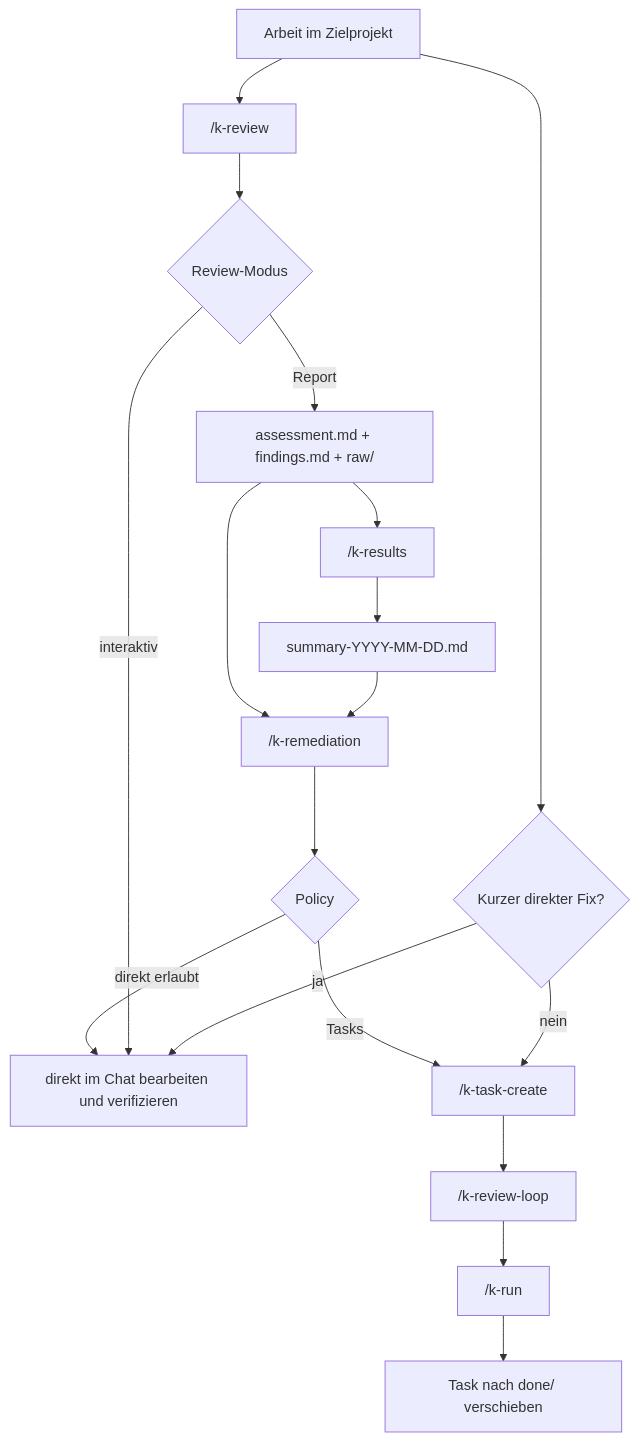
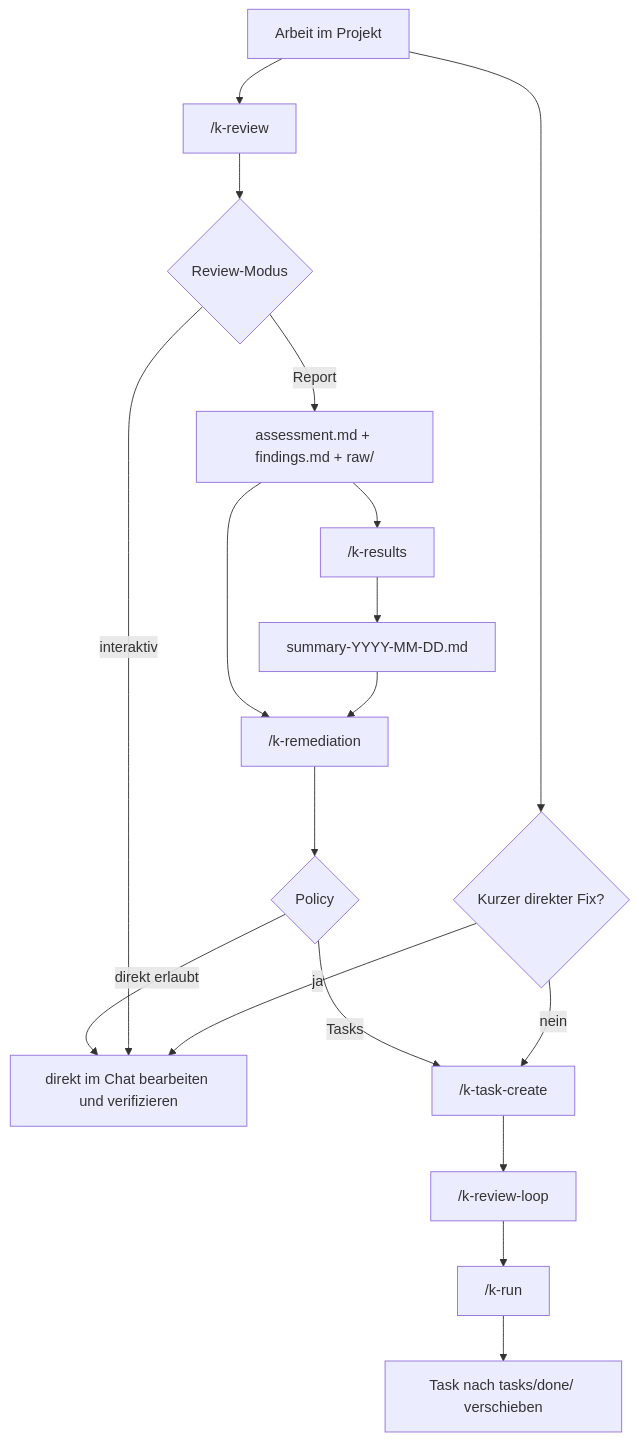
The third of 3 diagrams in docs/handbuch.md (kascada/k-playbook), drawn with Mermaid before and after one commit. The commit also changed other lines of this file and 34 other files, not shown here.

````diff
--- a/docs/handbuch.md
+++ b/docs/handbuch.md
@@ -109,21 +121,21 @@
 ```mermaid
 flowchart TD
-    Start["Arbeit im Zielprojekt"] --> Small{"Kurzer direkter Fix?"}
+    Start["Arbeit im Projekt"] --> Small{"Kurzer direkter Fix?"}
     Small -->|ja| Direct["direkt im Chat bearbeiten und verifizieren"]
     Small -->|nein| Task["/k-task-create"]
     Task --> ReviewLoop["/k-review-loop"]
     ReviewLoop --> Run["/k-run"]
-    Run --> Done["Task nach done/ verschieben"]
+    Run --> Done["Task nach tasks/done/ verschieben"]
 
     Start --> Review["/k-review <name>"]
     Review --> Mode{"Review-Modus"}
     Mode -->|interaktiv| Direct
     Mode -->|Report| Artifacts["assessment.md + findings.md + raw/"]
     Artifacts --> Results["/k-results"]
     Results --> Summary["summary-YYYY-MM-DD.md"]
     Summary --> Remediation["/k-remediation"]
     Artifacts --> Remediation
     Remediation --> Policy{"Policy"}
     Policy -->|Tasks| Task
     Policy -->|direkt erlaubt| Direct
 ```
````
